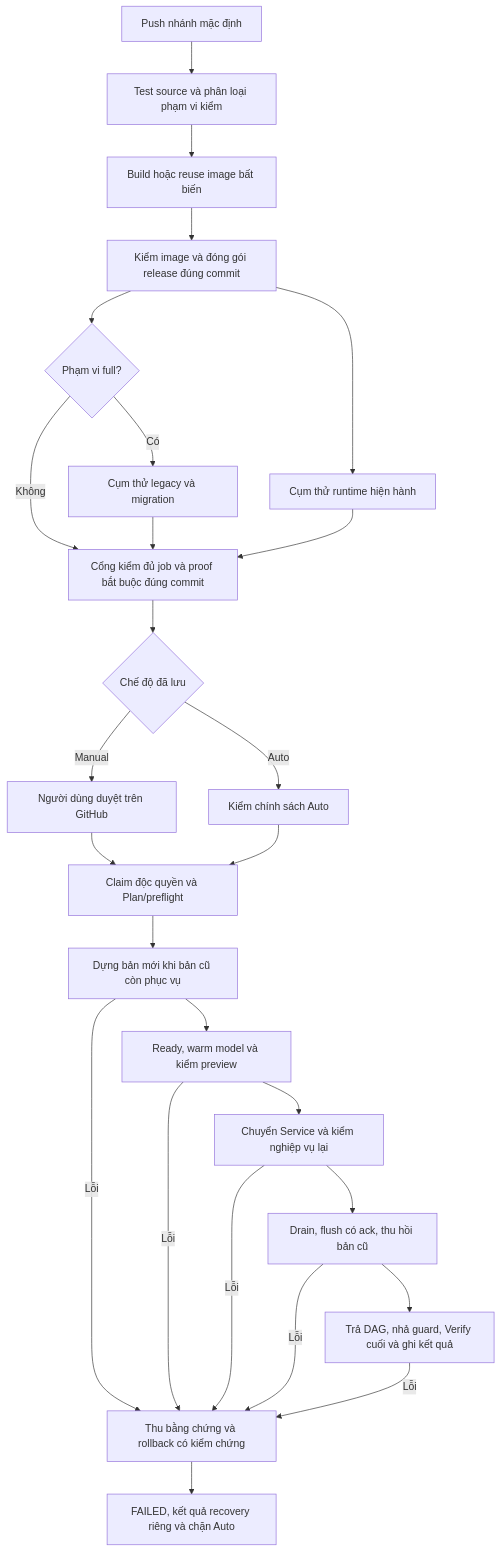
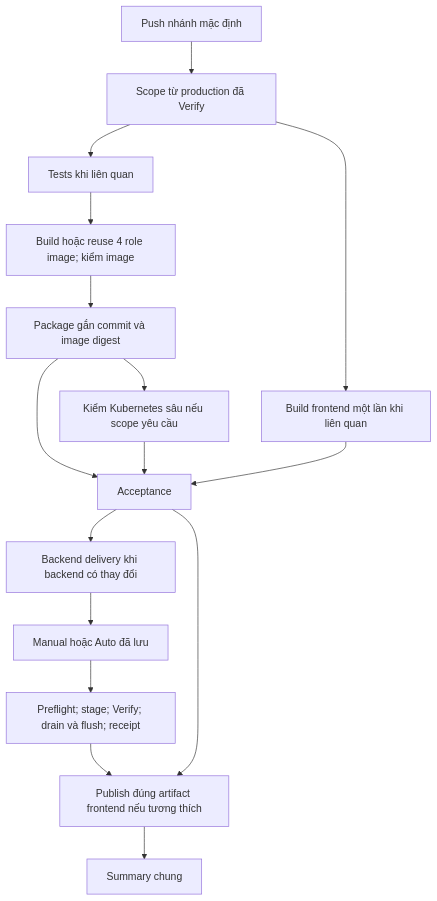
Before and after one commit to Phuctt205dev/adaptive-mlops-traffic-forecast-self-research-NT114.Q21: the diagram in docs/guides/CICD_UNIFIED_FLOW.md, drawn with Mermaid. The commit also changed other lines of this file and 25 other files, not shown here.

````diff
--- a/docs/guides/CICD_UNIFIED_FLOW.md
+++ b/docs/guides/CICD_UNIFIED_FLOW.md
@@ -20,28 +14,18 @@
 ```mermaid
 flowchart TD
-    A[Push nhánh mặc định] --> B[Test source và phân loại phạm vi kiểm]
-    B --> C[Build hoặc reuse image bất biến]
-    C --> D[Kiểm image và đóng gói release đúng commit]
-    D --> T[Cụm thử runtime hiện hành]
-    D --> Q{Phạm vi full?}
-    Q -->|Có| U[Cụm thử legacy và migration]
-    Q -->|Không| V[Cổng kiểm đủ job và proof bắt buộc đúng commit]
-    U --> V
-    T --> V
-    V --> E{Chế độ đã lưu}
-    E -->|Manual| F[Người dùng duyệt trên GitHub]
-    E -->|Auto| G[Kiểm chính sách Auto]
-    F --> H[Claim độc quyền và Plan/preflight]
-    G --> H
-    H --> I[Dựng bản mới khi bản cũ còn phục vụ]
-    I --> J[Ready, warm model và kiểm preview]
-    J --> K[Chuyển Service và kiểm nghiệp vụ lại]
-    K --> L[Drain, flush có ack, thu hồi bản cũ]
-    L --> M[Trả DAG, nhả guard, Verify cuối và ghi kết quả]
-    I -->|Lỗi| R[Thu bằng chứng và rollback có kiểm chứng]
-    J -->|Lỗi| R
-    K -->|Lỗi| R
-    L -->|Lỗi| R
-    M -->|Lỗi| R
-    R --> S[FAILED, kết quả recovery riêng và chặn Auto]
+    P[Push nhánh mặc định] --> S[Scope từ production đã Verify]
+    S --> T[Tests khi liên quan]
+    S --> F[Build frontend một lần khi liên quan]
+    T --> I[Build hoặc reuse 4 role image; kiểm image]
+    I --> K[Package gắn commit và image digest]
+    K --> D[Kiểm Kubernetes sâu nếu scope yêu cầu]
+    K --> A[Acceptance]
+    D --> A
+    F --> A
+    A --> B[Backend delivery khi backend có thay đổi]
+    B --> G[Manual hoặc Auto đã lưu]
+    G --> R[Preflight; stage; Verify; drain và flush; receipt]
+    R --> W[Publish đúng artifact frontend nếu tương thích]
+    A --> W
+    W --> Q[Summary chung]
 ```
````
